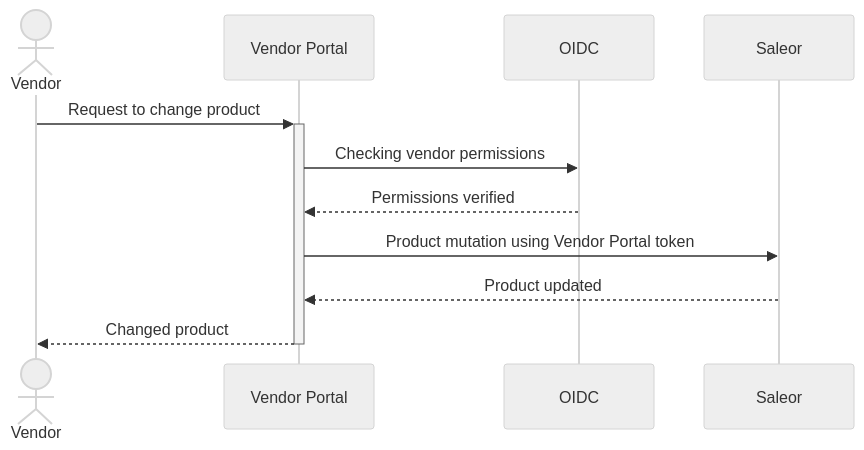
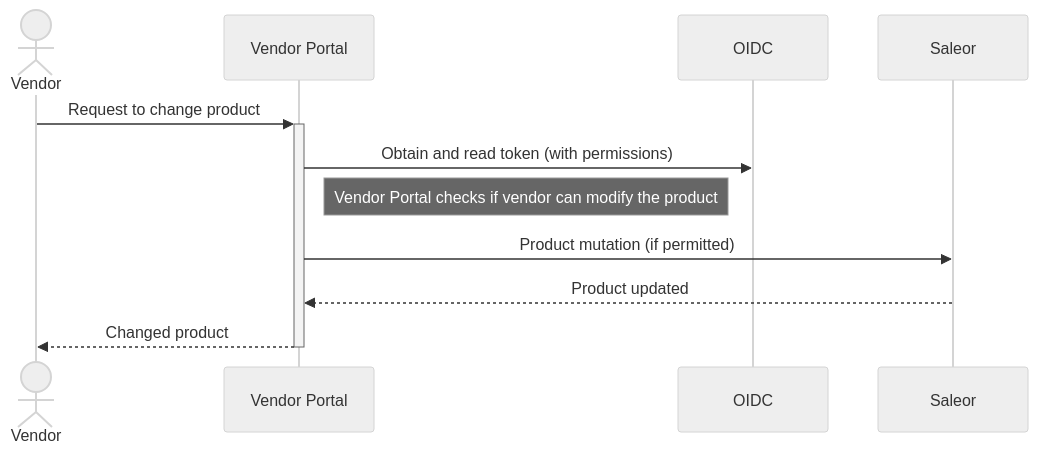
One commit to saleor/saleor-docs changed the third of 4 diagrams in docs/recipes/marketplace.mdx. Above: the diagram before and after it, drawn with Mermaid (neutral theme). The commit also changed other lines of this file, not shown here.

Commit message:
Enhance vendor permission management documentation in marketplace recipe. Clarify the role of OIDC in authentication

````diff
--- a/docs/recipes/marketplace.mdx
+++ b/docs/recipes/marketplace.mdx
@@ -113,14 +115,14 @@
 ```mermaid
 sequenceDiagram
     actor vendor as Vendor
     participant vendor_portal as Vendor Portal
     participant oidc as OIDC
     participant saleor as Saleor
 
     vendor->>+vendor_portal: Request to change product
-    vendor_portal->>oidc: Checking vendor permissions
-    oidc-->>vendor_portal: Permissions verified
-    vendor_portal->>saleor: Product mutation using Vendor Portal token
+    vendor_portal->>oidc: Obtain and read token (with permissions)
+    Note right of vendor_portal: Vendor Portal checks if vendor can modify the product
+    vendor_portal->>saleor: Product mutation (if permitted)
     saleor-->>vendor_portal: Product updated
     vendor_portal-->>-vendor: Changed product
 ```
````
